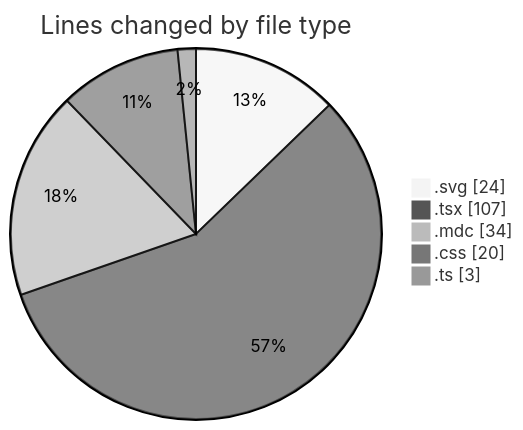
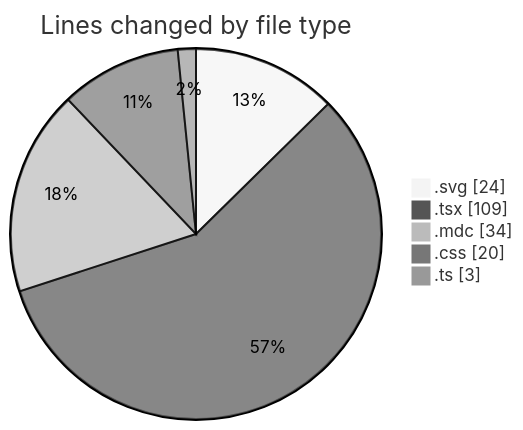
Before and after one commit to EIIisD/code-tracking: the first of 2 diagrams in 2025-07-18/ribbon/README.md, drawn with Mermaid (neutral theme). The commit also changed other lines of this file and 1 other file, not shown here.

````diff
--- a/2025-07-18/ribbon/README.md
+++ b/2025-07-18/ribbon/README.md
@@ -24,9 +24,9 @@
 ```mermaid
 pie showData
 title Lines changed by file type
 ".svg" : 24
-".tsx" : 107
+".tsx" : 109
 ".mdc" : 34
 ".css" : 20
 ".ts" : 3
 ```
````
